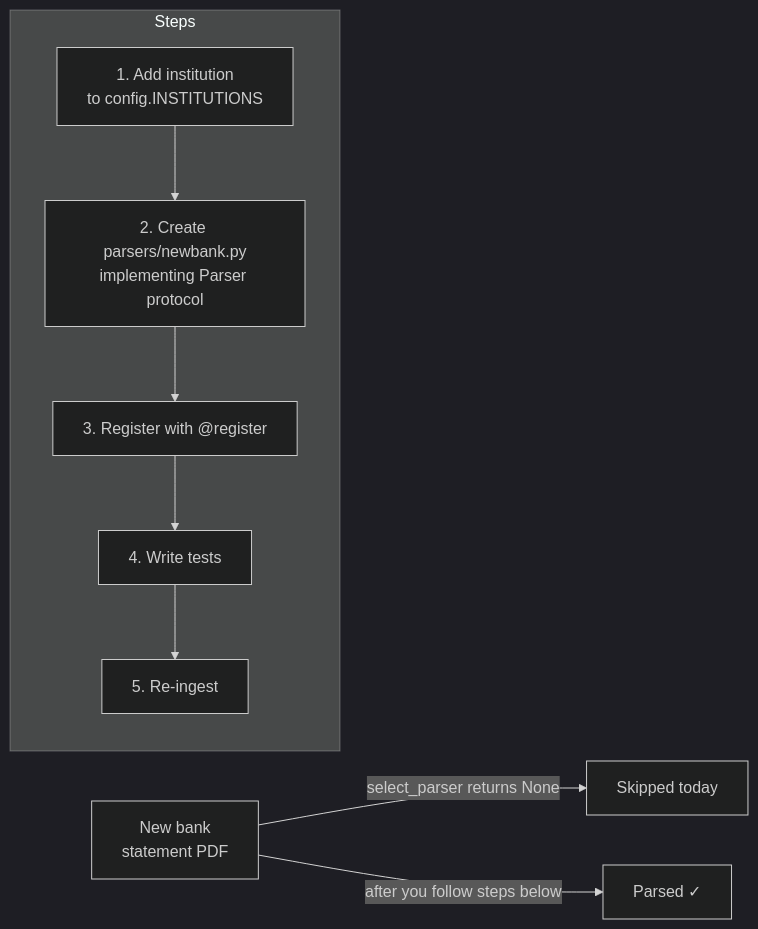
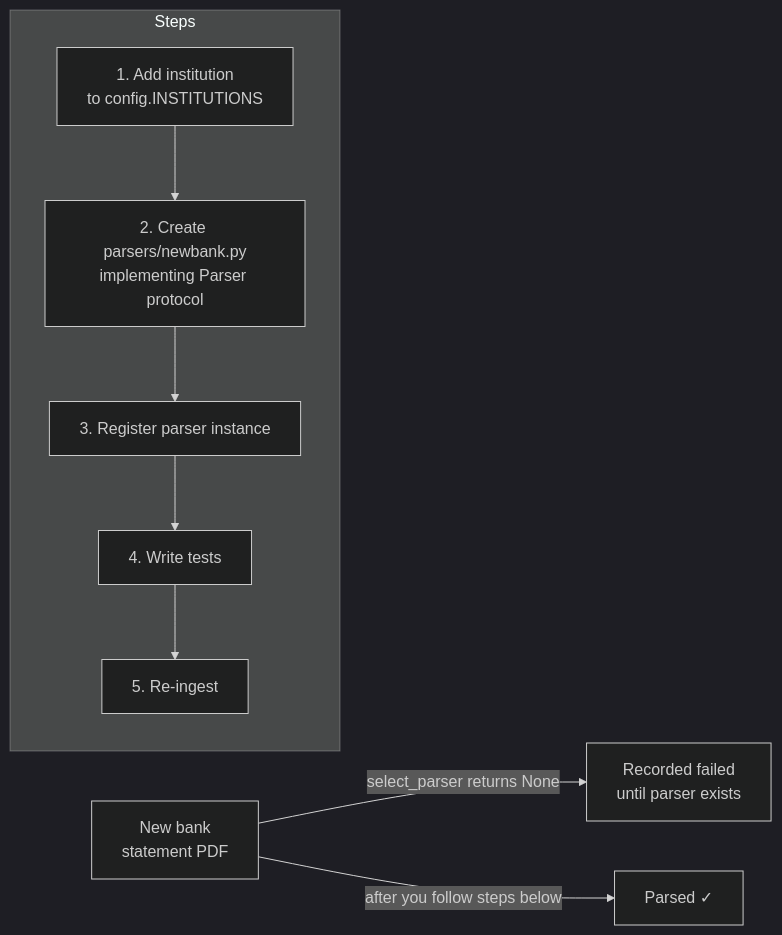
Before and after one commit to chanmainvest/trade_history: the seventh of 9 diagrams in spec/ARCHITECTURE.md, drawn with Mermaid (dark theme). The commit also changed other lines of this file and 16 other files, not shown here.

````diff
--- a/spec/ARCHITECTURE.md
+++ b/spec/ARCHITECTURE.md
@@ -689,14 +720,14 @@
 ```mermaid
 flowchart LR
-    A[New bank\nstatement PDF] -->|select_parser returns None| B[Skipped today]
+    A[New bank\nstatement PDF] -->|select_parser returns None| B[Recorded failed\nuntil parser exists]
     A -->|after you follow steps below| C[Parsed ✓]
 
     subgraph Steps
         S1[1. Add institution\nto config.INSTITUTIONS]
         S2[2. Create parsers/newbank.py\nimplementing Parser protocol]
-        S3[3. Register with @register]
+        S3[3. Register parser instance]
         S4[4. Write tests]
         S5[5. Re-ingest]
         S1 --> S2 --> S3 --> S4 --> S5
     end
 ```
````
